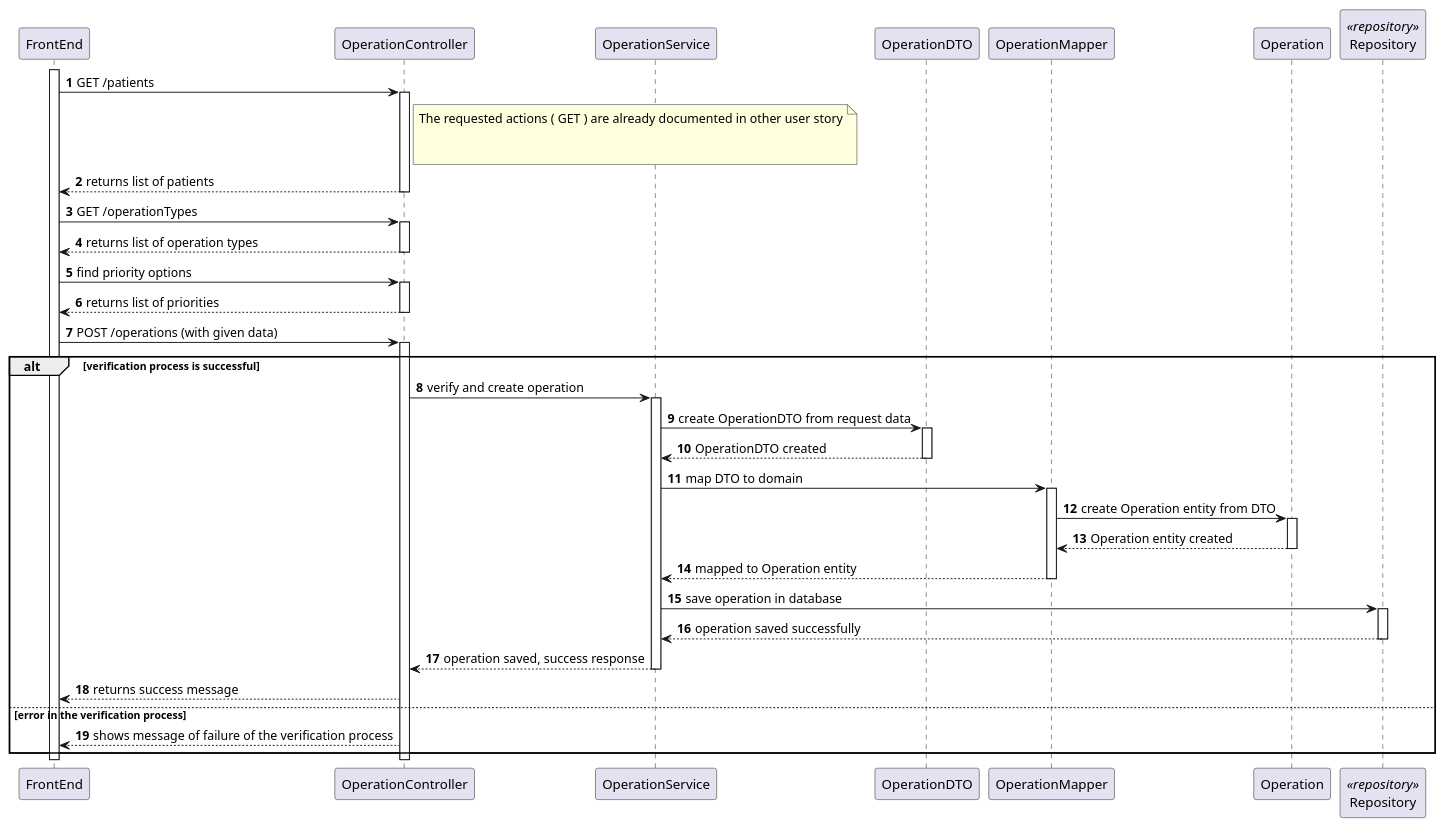
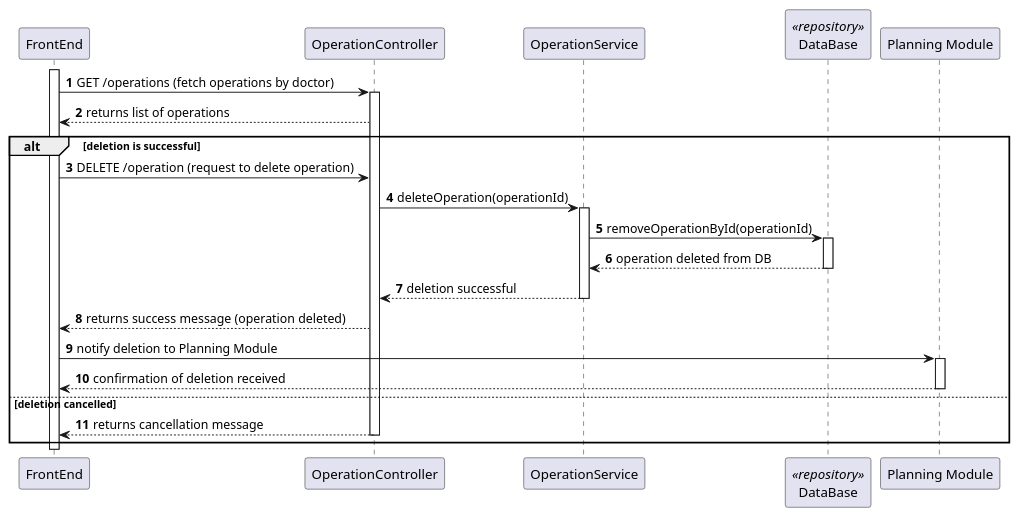
Before and after one commit to Saquinho74/LAPR5: the diagram in Docs/SprintA/US18/level3/process_view.puml, drawn with PlantUML.

Commit message:
#18 Process view level 3 updated

```diff
--- a/Docs/SprintA/US18/level3/process_view.puml
+++ b/Docs/SprintA/US18/level3/process_view.puml
@@ -1,82 +1,74 @@
 @startuml
+'https://plantuml.com/sequence-diagram
+
 autonumber
+
 participant "FrontEnd" as sys
 participant "OperationController" as ctrl
 participant "OperationService" as serv
-participant "OperationDTO" as dto
-participant "OperationMapper" as map
-participant "Operation" as operation
-participant "Repository" as repo <<repository>>
+participant "DataBase" as repo <<repository>>
+participant "Planning Module" as planning
 
 activate sys
 
-sys -> ctrl : GET /patients
-note right of ctrl
-  The requested actions ( GET ) are already documented in other user story
 
-
-end note
+sys -> ctrl : GET /operations (fetch operations by doctor)
 
 activate ctrl
-ctrl --> sys : returns list of patients
-deactivate ctrl
 
-
-sys -> ctrl : GET /operationTypes
+ctrl --> sys: returns list of operations
 
 
 
 
 
+deactivate repo
+
+
+deactivate serv
 
 
 
-activate ctrl
 
+alt deletion is successful
 
-ctrl --> sys : returns list of operation types
+sys -> ctrl : DELETE /operation (request to delete operation)
+
+    ctrl -> serv: deleteOperation(operationId)
+
+    activate serv
+
+    serv -> repo: removeOperationById(operationId)
+
+    activate repo
+
+    repo --> serv: operation deleted from DB
+
+    deactivate repo
+
+    serv --> ctrl: deletion successful
+
+    deactivate serv
+
+    ctrl --> sys: returns success message (operation deleted)
+
+    sys -> planning: notify deletion to Planning Module
+
+    activate planning
+
+    planning --> sys: confirmation of deletion received
+
+    deactivate planning
+
+else deletion cancelled
+
+    ctrl --> sys: returns cancellation message
+
+    deactivate ctrl
+
+end
+
+deactivate sys
 deactivate ctrl
 
-sys -> ctrl : find priority options
-activate ctrl
-ctrl --> sys : returns list of priorities
-deactivate ctrl
-
-sys -> ctrl : POST /operations (with given data)
-activate ctrl
-
-alt verification process is successful
-  ctrl -> serv : verify and create operation
-  activate serv
-
-  serv -> dto : create OperationDTO from request data
-  activate dto
-  dto --> serv : OperationDTO created
-  deactivate dto
-
-  serv -> map : map DTO to domain
-  activate map
-  map -> operation : create Operation entity from DTO
-  activate operation
-  operation --> map : Operation entity created
-  deactivate operation
-  map --> serv : mapped to Operation entity
-  deactivate map
-
-  serv -> repo : save operation in database
-  activate repo
-  repo --> serv : operation saved successfully
-  deactivate repo
-
-  serv --> ctrl : operation saved, success response
-  deactivate serv
-
-  ctrl --> sys : returns success message
-else error in the verification process
-  ctrl --> sys : shows message of failure of the verification process
-end
-
-deactivate ctrl
-deactivate sys
-
 @enduml
```
